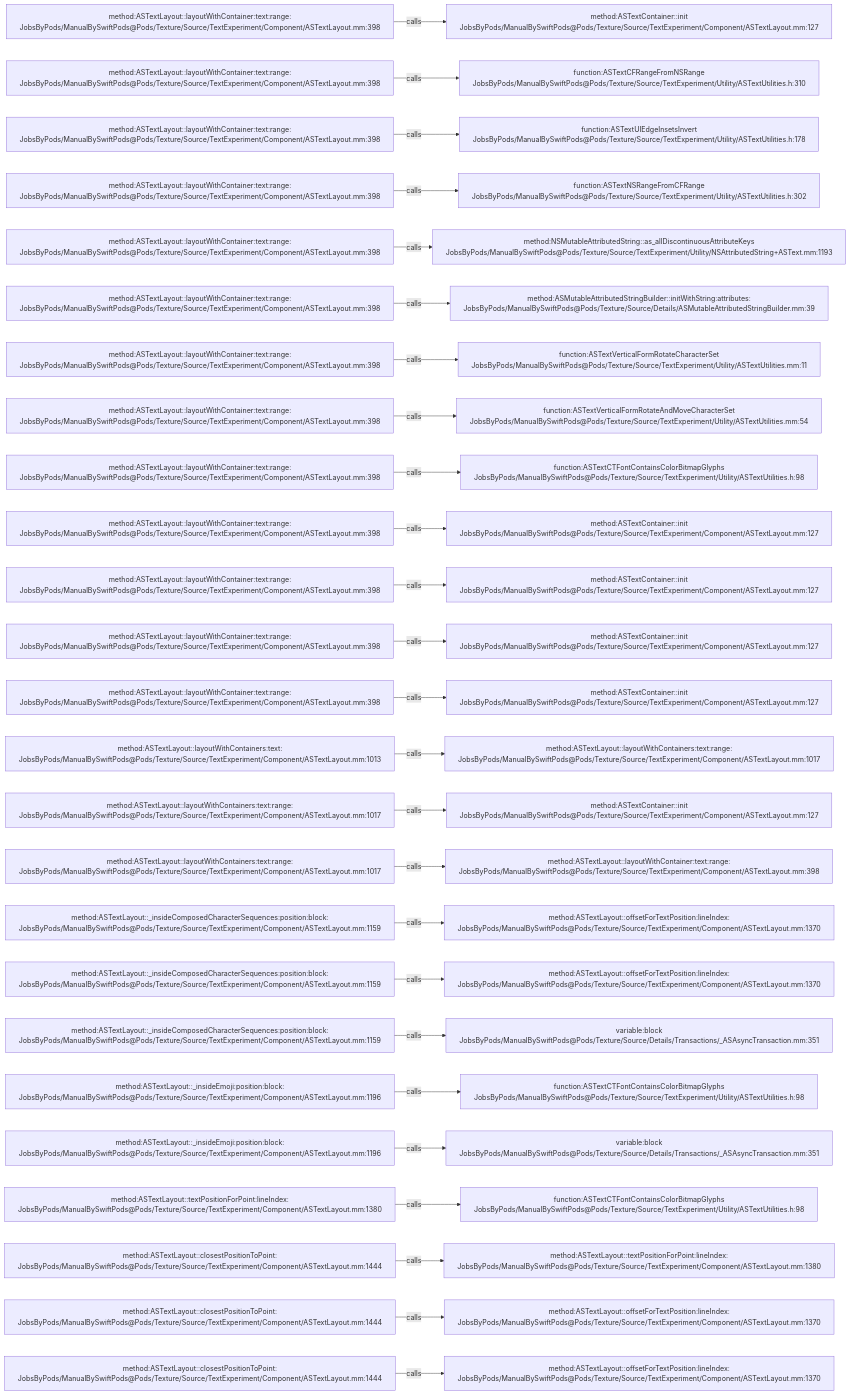
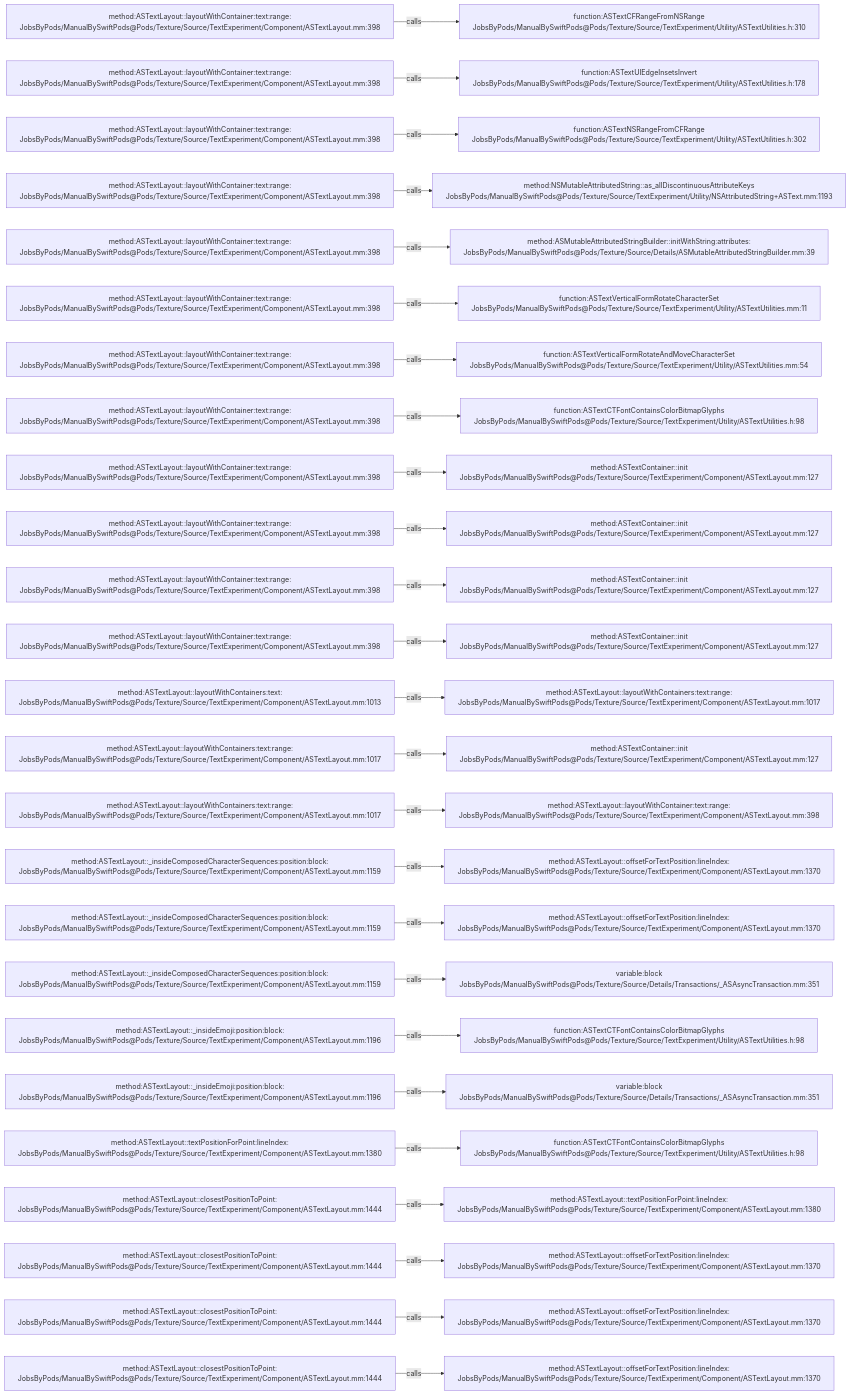
One commit to JobsKits/JobsSwiftBaseConfigDemo changed the diagram in .codegraph/codegraph.md/graphs/calls-132.md. Above: the diagram before and after it, drawn with Mermaid. The commit also changed 747 other files, not shown here.

````diff
--- a/.codegraph/codegraph.md/graphs/calls-132.md
+++ b/.codegraph/codegraph.md/graphs/calls-132.md
@@ -13,78 +13,78 @@
 ```mermaid
 flowchart LR
   S1["method:ASTextLayout::layoutWithContainer:text:range:<br/>JobsByPods/ManualBySwiftPods@Pods/Texture/Source/TextExperiment/Component/ASTextLayout.mm:398"]
-  T1["method:ASTextContainer::init<br/>JobsByPods/ManualBySwiftPods@Pods/Texture/Source/TextExperiment/Component/ASTextLayout.mm:127"]
+  T1["function:ASTextCFRangeFromNSRange<br/>JobsByPods/ManualBySwiftPods@Pods/Texture/Source/TextExperiment/Utility/ASTextUtilities.h:310"]
   S1 -->|calls| T1
   S2["method:ASTextLayout::layoutWithContainer:text:range:<br/>JobsByPods/ManualBySwiftPods@Pods/Texture/Source/TextExperiment/Component/ASTextLayout.mm:398"]
-  T2["function:ASTextCFRangeFromNSRange<br/>JobsByPods/ManualBySwiftPods@Pods/Texture/Source/TextExperiment/Utility/ASTextUtilities.h:310"]
+  T2["function:ASTextUIEdgeInsetsInvert<br/>JobsByPods/ManualBySwiftPods@Pods/Texture/Source/TextExperiment/Utility/ASTextUtilities.h:178"]
   S2 -->|calls| T2
   S3["method:ASTextLayout::layoutWithContainer:text:range:<br/>JobsByPods/ManualBySwiftPods@Pods/Texture/Source/TextExperiment/Component/ASTextLayout.mm:398"]
-  T3["function:ASTextUIEdgeInsetsInvert<br/>JobsByPods/ManualBySwiftPods@Pods/Texture/Source/TextExperiment/Utility/ASTextUtilities.h:178"]
+  T3["function:ASTextNSRangeFromCFRange<br/>JobsByPods/ManualBySwiftPods@Pods/Texture/Source/TextExperiment/Utility/ASTextUtilities.h:302"]
   S3 -->|calls| T3
   S4["method:ASTextLayout::layoutWithContainer:text:range:<br/>JobsByPods/ManualBySwiftPods@Pods/Texture/Source/TextExperiment/Component/ASTextLayout.mm:398"]
-  T4["function:ASTextNSRangeFromCFRange<br/>JobsByPods/ManualBySwiftPods@Pods/Texture/Source/TextExperiment/Utility/ASTextUtilities.h:302"]
+  T4["method:NSMutableAttributedString::as_allDiscontinuousAttributeKeys<br/>JobsByPods/ManualBySwiftPods@Pods/Texture/Source/TextExperiment/Utility/NSAttributedString+ASText.mm:1193"]
   S4 -->|calls| T4
   S5["method:ASTextLayout::layoutWithContainer:text:range:<br/>JobsByPods/ManualBySwiftPods@Pods/Texture/Source/TextExperiment/Component/ASTextLayout.mm:398"]
-  T5["method:NSMutableAttributedString::as_allDiscontinuousAttributeKeys<br/>JobsByPods/ManualBySwiftPods@Pods/Texture/Source/TextExperiment/Utility/NSAttributedString+ASText.mm:1193"]
+  T5["method:ASMutableAttributedStringBuilder::initWithString:attributes:<br/>JobsByPods/ManualBySwiftPods@Pods/Texture/Source/Details/ASMutableAttributedStringBuilder.mm:39"]
   S5 -->|calls| T5
   S6["method:ASTextLayout::layoutWithContainer:text:range:<br/>JobsByPods/ManualBySwiftPods@Pods/Texture/Source/TextExperiment/Component/ASTextLayout.mm:398"]
-  T6["method:ASMutableAttributedStringBuilder::initWithString:attributes:<br/>JobsByPods/ManualBySwiftPods@Pods/Texture/Source/Details/ASMutableAttributedStringBuilder.mm:39"]
+  T6["function:ASTextVerticalFormRotateCharacterSet<br/>JobsByPods/ManualBySwiftPods@Pods/Texture/Source/TextExperiment/Utility/ASTextUtilities.mm:11"]
   S6 -->|calls| T6
   S7["method:ASTextLayout::layoutWithContainer:text:range:<br/>JobsByPods/ManualBySwiftPods@Pods/Texture/Source/TextExperiment/Component/ASTextLayout.mm:398"]
-  T7["function:ASTextVerticalFormRotateCharacterSet<br/>JobsByPods/ManualBySwiftPods@Pods/Texture/Source/TextExperiment/Utility/ASTextUtilities.mm:11"]
+  T7["function:ASTextVerticalFormRotateAndMoveCharacterSet<br/>JobsByPods/ManualBySwiftPods@Pods/Texture/Source/TextExperiment/Utility/ASTextUtilities.mm:54"]
   S7 -->|calls| T7
   S8["method:ASTextLayout::layoutWithContainer:text:range:<br/>JobsByPods/ManualBySwiftPods@Pods/Texture/Source/TextExperiment/Component/ASTextLayout.mm:398"]
-  T8["function:ASTextVerticalFormRotateAndMoveCharacterSet<br/>JobsByPods/ManualBySwiftPods@Pods/Texture/Source/TextExperiment/Utility/ASTextUtilities.mm:54"]
+  T8["function:ASTextCTFontContainsColorBitmapGlyphs<br/>JobsByPods/ManualBySwiftPods@Pods/Texture/Source/TextExperiment/Utility/ASTextUtilities.h:98"]
   S8 -->|calls| T8
   S9["method:ASTextLayout::layoutWithContainer:text:range:<br/>JobsByPods/ManualBySwiftPods@Pods/Texture/Source/TextExperiment/Component/ASTextLayout.mm:398"]
-  T9["function:ASTextCTFontContainsColorBitmapGlyphs<br/>JobsByPods/ManualBySwiftPods@Pods/Texture/Source/TextExperiment/Utility/ASTextUtilities.h:98"]
+  T9["method:ASTextContainer::init<br/>JobsByPods/ManualBySwiftPods@Pods/Texture/Source/TextExperiment/Component/ASTextLayout.mm:127"]
   S9 -->|calls| T9
   S10["method:ASTextLayout::layoutWithContainer:text:range:<br/>JobsByPods/ManualBySwiftPods@Pods/Texture/Source/TextExperiment/Component/ASTextLayout.mm:398"]
   T10["method:ASTextContainer::init<br/>JobsByPods/ManualBySwiftPods@Pods/Texture/Source/TextExperiment/Component/ASTextLayout.mm:127"]
   S10 -->|calls| T10
   S11["method:ASTextLayout::layoutWithContainer:text:range:<br/>JobsByPods/ManualBySwiftPods@Pods/Texture/Source/TextExperiment/Component/ASTextLayout.mm:398"]
   T11["method:ASTextContainer::init<br/>JobsByPods/ManualBySwiftPods@Pods/Texture/Source/TextExperiment/Component/ASTextLayout.mm:127"]
   S11 -->|calls| T11
   S12["method:ASTextLayout::layoutWithContainer:text:range:<br/>JobsByPods/ManualBySwiftPods@Pods/Texture/Source/TextExperiment/Component/ASTextLayout.mm:398"]
   T12["method:ASTextContainer::init<br/>JobsByPods/ManualBySwiftPods@Pods/Texture/Source/TextExperiment/Component/ASTextLayout.mm:127"]
   S12 -->|calls| T12
-  S13["method:ASTextLayout::layoutWithContainer:text:range:<br/>JobsByPods/ManualBySwiftPods@Pods/Texture/Source/TextExperiment/Component/ASTextLayout.mm:398"]
-  T13["method:ASTextContainer::init<br/>JobsByPods/ManualBySwiftPods@Pods/Texture/Source/TextExperiment/Component/ASTextLayout.mm:127"]
+  S13["method:ASTextLayout::layoutWithContainers:text:<br/>JobsByPods/ManualBySwiftPods@Pods/Texture/Source/TextExperiment/Component/ASTextLayout.mm:1013"]
+  T13["method:ASTextLayout::layoutWithContainers:text:range:<br/>JobsByPods/ManualBySwiftPods@Pods/Texture/Source/TextExperiment/Component/ASTextLayout.mm:1017"]
   S13 -->|calls| T13
-  S14["method:ASTextLayout::layoutWithContainers:text:<br/>JobsByPods/ManualBySwiftPods@Pods/Texture/Source/TextExperiment/Component/ASTextLayout.mm:1013"]
-  T14["method:ASTextLayout::layoutWithContainers:text:range:<br/>JobsByPods/ManualBySwiftPods@Pods/Texture/Source/TextExperiment/Component/ASTextLayout.mm:1017"]
+  S14["method:ASTextLayout::layoutWithContainers:text:range:<br/>JobsByPods/ManualBySwiftPods@Pods/Texture/Source/TextExperiment/Component/ASTextLayout.mm:1017"]
+  T14["method:ASTextContainer::init<br/>JobsByPods/ManualBySwiftPods@Pods/Texture/Source/TextExperiment/Component/ASTextLayout.mm:127"]
   S14 -->|calls| T14
   S15["method:ASTextLayout::layoutWithContainers:text:range:<br/>JobsByPods/ManualBySwiftPods@Pods/Texture/Source/TextExperiment/Component/ASTextLayout.mm:1017"]
-  T15["method:ASTextContainer::init<br/>JobsByPods/ManualBySwiftPods@Pods/Texture/Source/TextExperiment/Component/ASTextLayout.mm:127"]
+  T15["method:ASTextLayout::layoutWithContainer:text:range:<br/>JobsByPods/ManualBySwiftPods@Pods/Texture/Source/TextExperiment/Component/ASTextLayout.mm:398"]
   S15 -->|calls| T15
-  S16["method:ASTextLayout::layoutWithContainers:text:range:<br/>JobsByPods/ManualBySwiftPods@Pods/Texture/Source/TextExperiment/Component/ASTextLayout.mm:1017"]
-  T16["method:ASTextLayout::layoutWithContainer:text:range:<br/>JobsByPods/ManualBySwiftPods@Pods/Texture/Source/TextExperiment/Component/ASTextLayout.mm:398"]
+  S16["method:ASTextLayout::_insideComposedCharacterSequences:position:block:<br/>JobsByPods/ManualBySwiftPods@Pods/Texture/Source/TextExperiment/Component/ASTextLayout.mm:1159"]
+  T16["method:ASTextLayout::offsetForTextPosition:lineIndex:<br/>JobsByPods/ManualBySwiftPods@Pods/Texture/Source/TextExperiment/Component/ASTextLayout.mm:1370"]
   S16 -->|calls| T16
   S17["method:ASTextLayout::_insideComposedCharacterSequences:position:block:<br/>JobsByPods/ManualBySwiftPods@Pods/Texture/Source/TextExperiment/Component/ASTextLayout.mm:1159"]
   T17["method:ASTextLayout::offsetForTextPosition:lineIndex:<br/>JobsByPods/ManualBySwiftPods@Pods/Texture/Source/TextExperiment/Component/ASTextLayout.mm:1370"]
   S17 -->|calls| T17
   S18["method:ASTextLayout::_insideComposedCharacterSequences:position:block:<br/>JobsByPods/ManualBySwiftPods@Pods/Texture/Source/TextExperiment/Component/ASTextLayout.mm:1159"]
-  T18["method:ASTextLayout::offsetForTextPosition:lineIndex:<br/>JobsByPods/ManualBySwiftPods@Pods/Texture/Source/TextExperiment/Component/ASTextLayout.mm:1370"]
+  T18["variable:block<br/>JobsByPods/ManualBySwiftPods@Pods/Texture/Source/Details/Transactions/_ASAsyncTransaction.mm:351"]
   S18 -->|calls| T18
-  S19["method:ASTextLayout::_insideComposedCharacterSequences:position:block:<br/>JobsByPods/ManualBySwiftPods@Pods/Texture/Source/TextExperiment/Component/ASTextLayout.mm:1159"]
-  T19["variable:block<br/>JobsByPods/ManualBySwiftPods@Pods/Texture/Source/Details/Transactions/_ASAsyncTransaction.mm:351"]
+  S19["method:ASTextLayout::_insideEmoji:position:block:<br/>JobsByPods/ManualBySwiftPods@Pods/Texture/Source/TextExperiment/Component/ASTextLayout.mm:1196"]
+  T19["function:ASTextCTFontContainsColorBitmapGlyphs<br/>JobsByPods/ManualBySwiftPods@Pods/Texture/Source/TextExperiment/Utility/ASTextUtilities.h:98"]
   S19 -->|calls| T19
   S20["method:ASTextLayout::_insideEmoji:position:block:<br/>JobsByPods/ManualBySwiftPods@Pods/Texture/Source/TextExperiment/Component/ASTextLayout.mm:1196"]
-  T20["function:ASTextCTFontContainsColorBitmapGlyphs<br/>JobsByPods/ManualBySwiftPods@Pods/Texture/Source/TextExperiment/Utility/ASTextUtilities.h:98"]
+  T20["variable:block<br/>JobsByPods/ManualBySwiftPods@Pods/Texture/Source/Details/Transactions/_ASAsyncTransaction.mm:351"]
   S20 -->|calls| T20
-  S21["method:ASTextLayout::_insideEmoji:position:block:<br/>JobsByPods/ManualBySwiftPods@Pods/Texture/Source/TextExperiment/Component/ASTextLayout.mm:1196"]
-  T21["variable:block<br/>JobsByPods/ManualBySwiftPods@Pods/Texture/Source/Details/Transactions/_ASAsyncTransaction.mm:351"]
+  S21["method:ASTextLayout::textPositionForPoint:lineIndex:<br/>JobsByPods/ManualBySwiftPods@Pods/Texture/Source/TextExperiment/Component/ASTextLayout.mm:1380"]
+  T21["function:ASTextCTFontContainsColorBitmapGlyphs<br/>JobsByPods/ManualBySwiftPods@Pods/Texture/Source/TextExperiment/Utility/ASTextUtilities.h:98"]
   S21 -->|calls| T21
-  S22["method:ASTextLayout::textPositionForPoint:lineIndex:<br/>JobsByPods/ManualBySwiftPods@Pods/Texture/Source/TextExperiment/Component/ASTextLayout.mm:1380"]
-  T22["function:ASTextCTFontContainsColorBitmapGlyphs<br/>JobsByPods/ManualBySwiftPods@Pods/Texture/Source/TextExperiment/Utility/ASTextUtilities.h:98"]
+  S22["method:ASTextLayout::closestPositionToPoint:<br/>JobsByPods/ManualBySwiftPods@Pods/Texture/Source/TextExperiment/Component/ASTextLayout.mm:1444"]
+  T22["method:ASTextLayout::textPositionForPoint:lineIndex:<br/>JobsByPods/ManualBySwiftPods@Pods/Texture/Source/TextExperiment/Component/ASTextLayout.mm:1380"]
   S22 -->|calls| T22
   S23["method:ASTextLayout::closestPositionToPoint:<br/>JobsByPods/ManualBySwiftPods@Pods/Texture/Source/TextExperiment/Component/ASTextLayout.mm:1444"]
-  T23["method:ASTextLayout::textPositionForPoint:lineIndex:<br/>JobsByPods/ManualBySwiftPods@Pods/Texture/Source/TextExperiment/Component/ASTextLayout.mm:1380"]
+  T23["method:ASTextLayout::offsetForTextPosition:lineIndex:<br/>JobsByPods/ManualBySwiftPods@Pods/Texture/Source/TextExperiment/Component/ASTextLayout.mm:1370"]
   S23 -->|calls| T23
   S24["method:ASTextLayout::closestPositionToPoint:<br/>JobsByPods/ManualBySwiftPods@Pods/Texture/Source/TextExperiment/Component/ASTextLayout.mm:1444"]
   T24["method:ASTextLayout::offsetForTextPosition:lineIndex:<br/>JobsByPods/ManualBySwiftPods@Pods/Texture/Source/TextExperiment/Component/ASTextLayout.mm:1370"]
   S24 -->|calls| T24
   S25["method:ASTextLayout::closestPositionToPoint:<br/>JobsByPods/ManualBySwiftPods@Pods/Texture/Source/TextExperiment/Component/ASTextLayout.mm:1444"]
   T25["method:ASTextLayout::offsetForTextPosition:lineIndex:<br/>JobsByPods/ManualBySwiftPods@Pods/Texture/Source/TextExperiment/Component/ASTextLayout.mm:1370"]
   S25 -->|calls| T25
 ```
````
